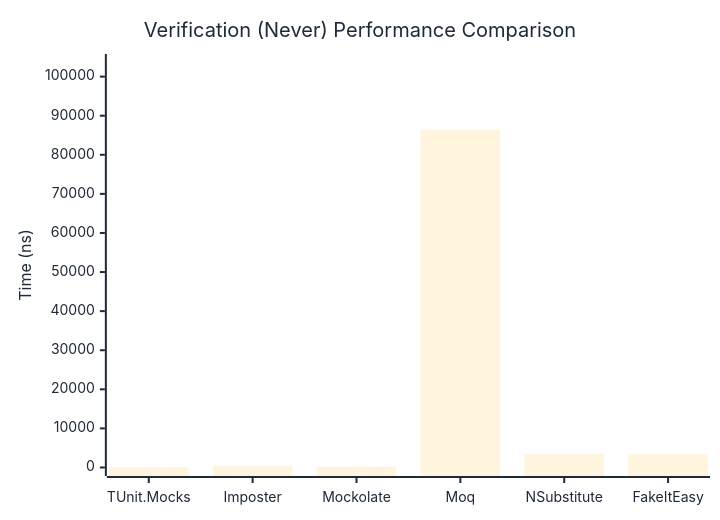
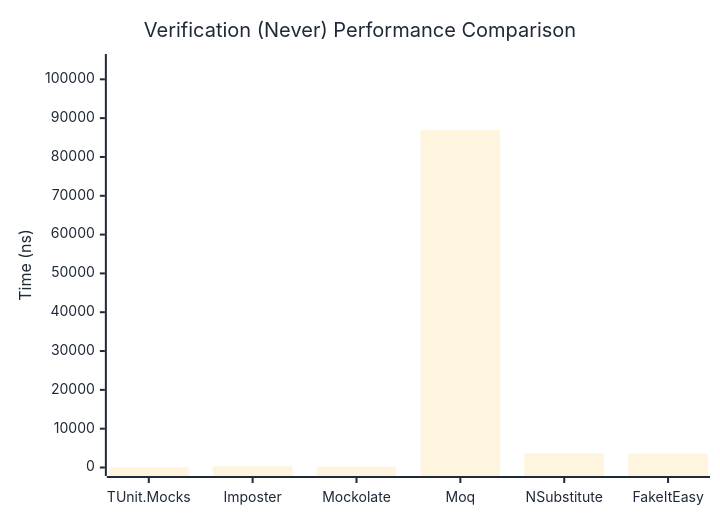
The second of 3 diagrams in docs/docs/benchmarks/mocks/Verification.md (thomhurst/TUnit), drawn with Mermaid before and after one commit. The commit also changed other lines of this file and 14 other files, not shown here.

````diff
--- a/docs/docs/benchmarks/mocks/Verification.md
+++ b/docs/docs/benchmarks/mocks/Verification.md
@@ -69,27 +69,27 @@
 ```mermaid
 %%{init: {
   'theme':'base',
   'themeVariables': {
     'primaryColor': '#2563eb',
     'primaryTextColor': '#1f2937',
     'primaryBorderColor': '#1e40af',
     'lineColor': '#6b7280',
     'secondaryColor': '#7c3aed',
     'tertiaryColor': '#dc2626',
     'background': '#ffffff',
     'pie1': '#2563eb',
     'pie2': '#7c3aed',
     'pie3': '#dc2626',
     'pie4': '#f59e0b',
     'pie5': '#10b981',
     'pie6': '#06b6d4',
     'pie7': '#ec4899',
     'pie8': '#6366f1'
   }
 }}%%
 xychart-beta
   title "Verification (Never) Performance Comparison"
   x-axis ["TUnit.Mocks", "Imposter", "Mockolate", "Moq", "NSubstitute", "FakeItEasy"]
-  y-axis "Time (ns)" 0 --> 103609
-  bar [60.61, 316.11, 227.62, 86340.24, 3483.65, 3428.31]
+  y-axis "Time (ns)" 0 --> 104331
+  bar [60.93, 313.05, 213.06, 86942.44, 3676.85, 3563.31]
 ```
````
